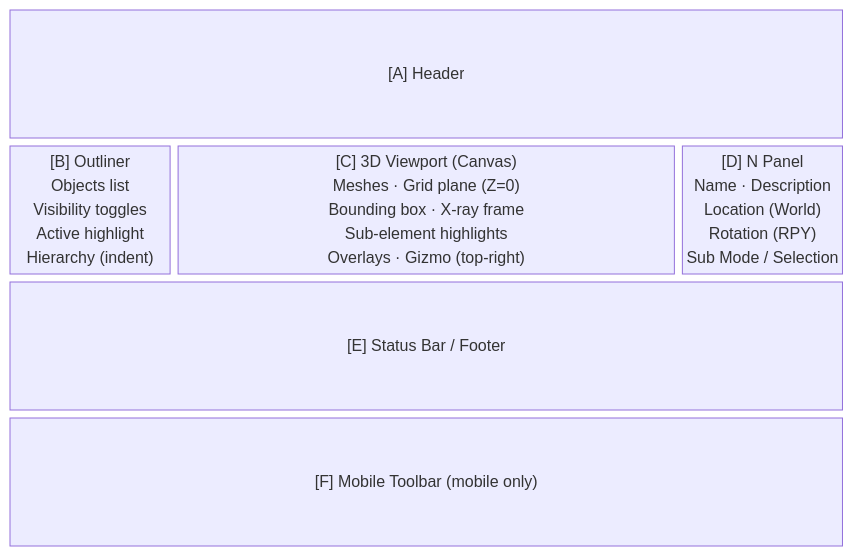
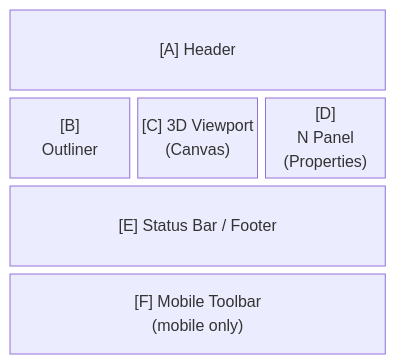
The diagram in docs/SCREEN_DESIGN.md (yuubae215/easy-extrude), drawn with Mermaid before and after one commit. The commit also changed 1 other file, not shown here.

Commit message:
docs: revert diagrams to first Mermaid version (columns 3, equal blocks)
Roll back the block-size experiments and use the simpler equal-column
layout from the initial translation commit.

https://claude.ai/code/session_01YFkNkmXh91b7LVbwHSxpdV

````diff
--- a/docs/SCREEN_DESIGN.md
+++ b/docs/SCREEN_DESIGN.md
@@ -34,8 +34,8 @@
 ```mermaid
 block-beta
-  columns 5
-  A["[A] Header"]:5
-  B["[B] Outliner\nObjects list\nVisibility toggles\nActive highlight\nHierarchy (indent)"] C["[C] 3D Viewport (Canvas)\nMeshes · Grid plane (Z=0)\nBounding box · X-ray frame\nSub-element highlights\nOverlays · Gizmo (top-right)"]:3 D["[D] N Panel\nName · Description\nLocation (World)\nRotation (RPY)\nSub Mode / Selection"]
-  E["[E] Status Bar / Footer"]:5
-  F["[F] Mobile Toolbar (mobile only)"]:5
+  columns 3
+  A["[A] Header"]:3
+  B["[B]\nOutliner"] C["[C] 3D Viewport\n(Canvas)"] D["[D]\nN Panel\n(Properties)"]
+  E["[E] Status Bar / Footer"]:3
+  F["[F] Mobile Toolbar\n(mobile only)"]:3
 ```
````
